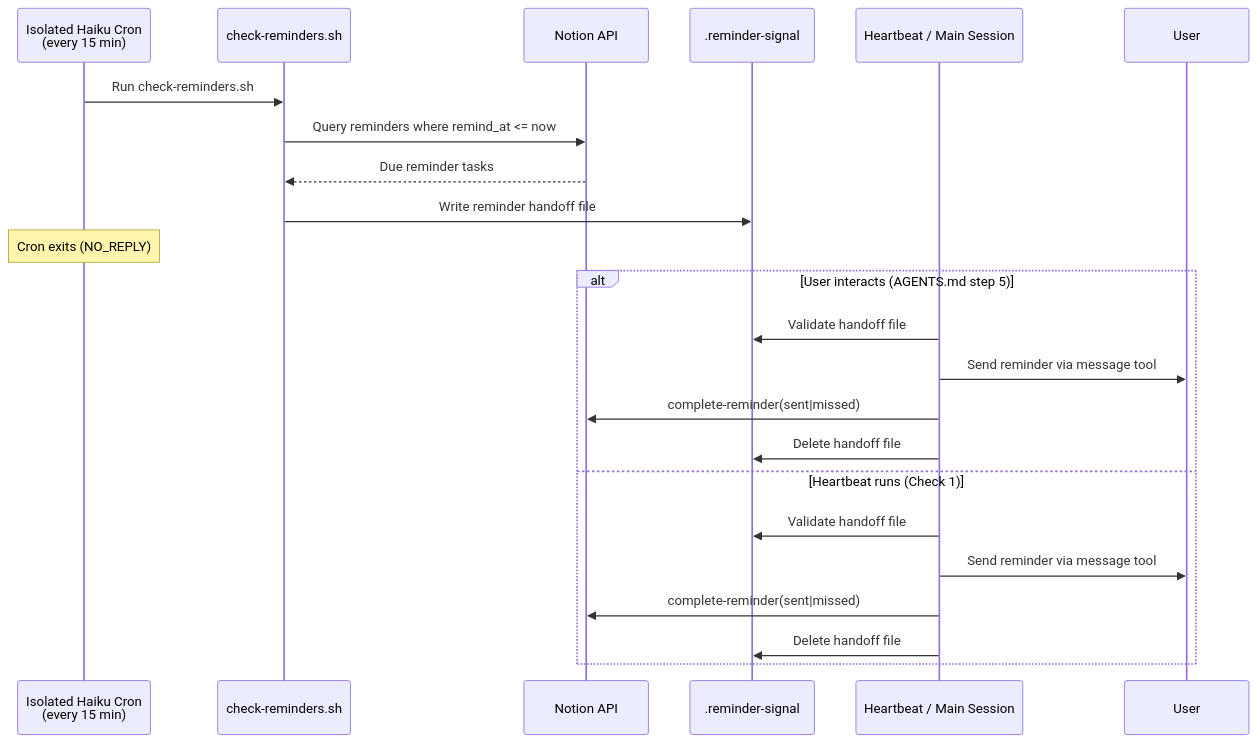
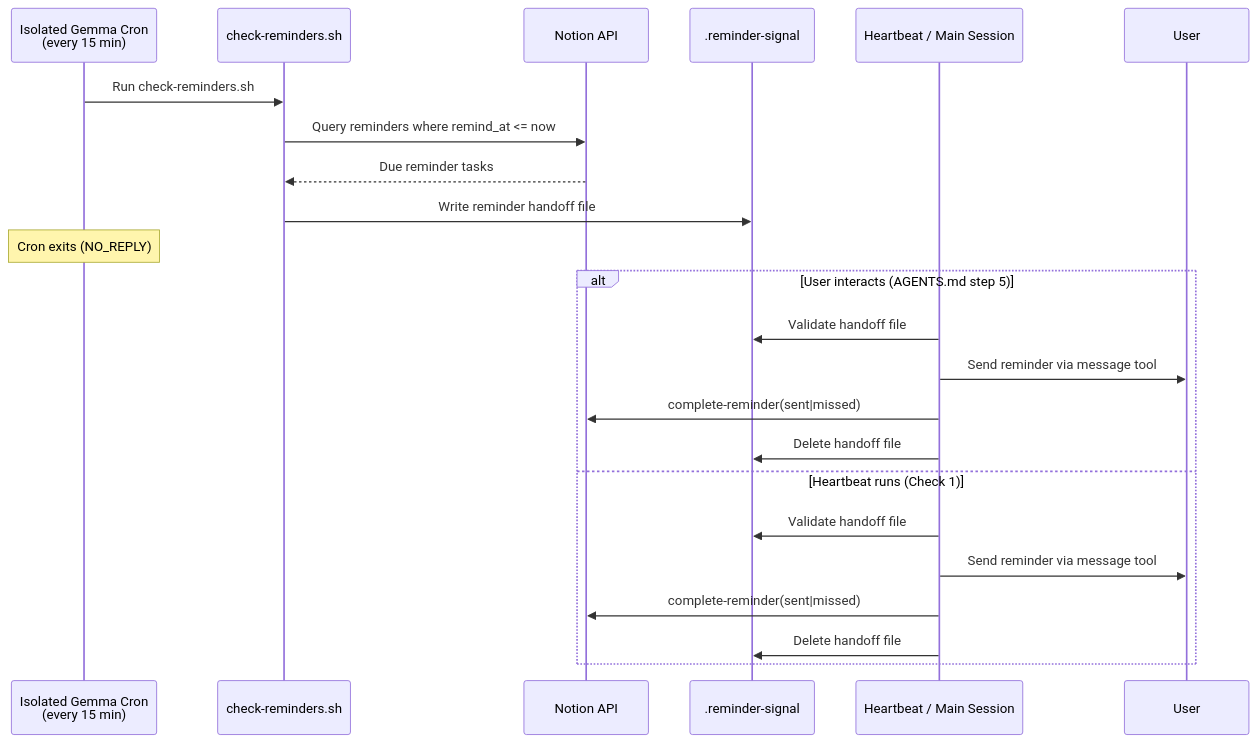
The fifth of 6 diagrams in docs/architecture.md (NickBorgersProbably/hide-my-list), drawn with Mermaid before and after one commit. The commit also changed other lines of this file and 7 other files, not shown here.

Commit message:
Update cron docs to gemma4

````diff
--- a/docs/architecture.md
+++ b/docs/architecture.md
@@ -200,26 +200,26 @@
 ```mermaid
 sequenceDiagram
-    participant Cron as Isolated Haiku Cron<br/>(every 15 min)
+    participant Cron as Isolated Gemma Cron<br/>(every 15 min)
     participant Script as check-reminders.sh
     participant Notion as Notion API
     participant Signal as .reminder-signal
     participant Delivery as Heartbeat / Main Session
     participant User
 
     Cron->>Script: Run check-reminders.sh
     Script->>Notion: Query reminders where remind_at <= now
     Notion-->>Script: Due reminder tasks
     Script->>Signal: Write reminder handoff file
     Note over Cron: Cron exits (NO_REPLY)
     alt User interacts (AGENTS.md step 5)
         Delivery->>Signal: Validate handoff file
         Delivery->>User: Send reminder via message tool
         Delivery->>Notion: complete-reminder(sent|missed)
         Delivery->>Signal: Delete handoff file
     else Heartbeat runs (Check 1)
         Delivery->>Signal: Validate handoff file
         Delivery->>User: Send reminder via message tool
         Delivery->>Notion: complete-reminder(sent|missed)
         Delivery->>Signal: Delete handoff file
     end
 ```
````
